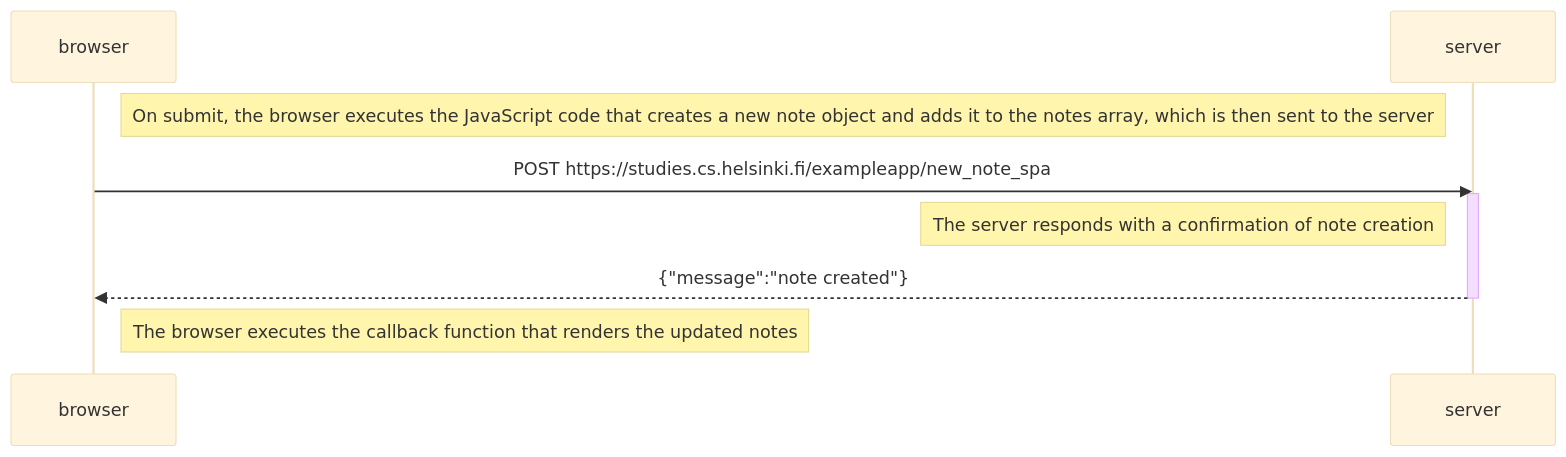
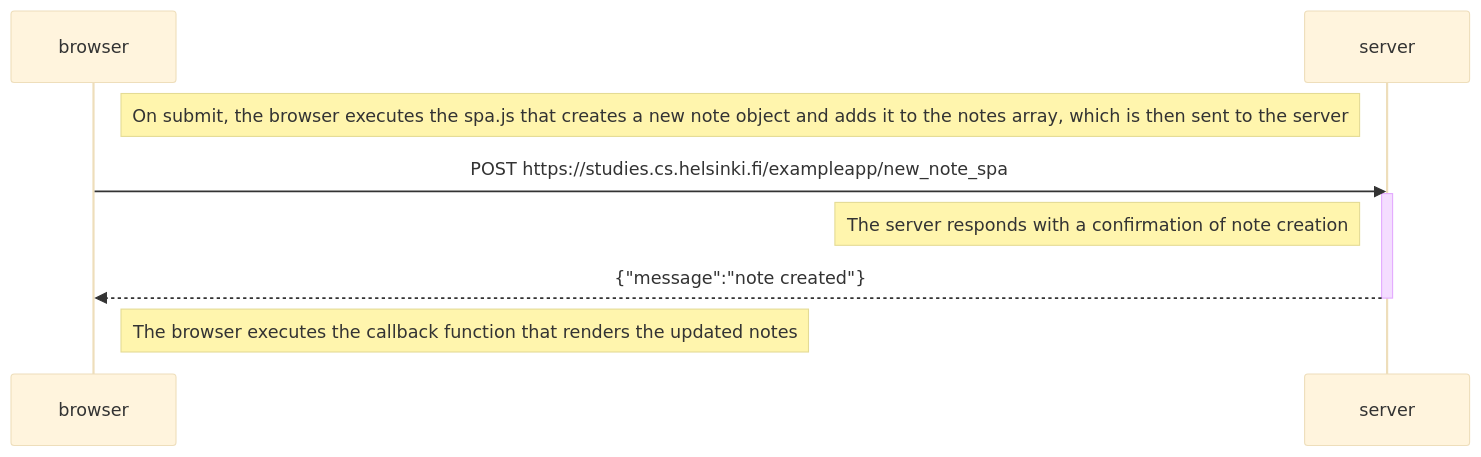
The diagram in part0/new_note_spa.md (misheho/full_stack_mluukkai), drawn with Mermaid (base theme) before and after one commit. The commit also changed 1 other file, not shown here.

Commit message:
minor changes on diagrams

````diff
--- a/part0/new_note_spa.md
+++ b/part0/new_note_spa.md
@@ -1,18 +1,18 @@
 ```mermaid
 sequenceDiagram
     participant browser
     participant server
     
-    Note right of browser: On submit, the browser executes the JavaScript code that creates a new note object and adds it to the notes array, which is then sent to the server
+    Note right of browser: On submit, the browser executes the spa.js that creates a new note object and adds it to the notes array, which is then sent to the server
     
     browser->>server: POST https://studies.cs.helsinki.fi/exampleapp/new_note_spa
     activate server
     
     Note left of server: The server responds with a confirmation of note creation  
  
     server-->>browser: {"message":"note created"}
     deactivate server
     
     Note right of browser: The browser executes the callback function that renders the updated notes
 
 ```
````
